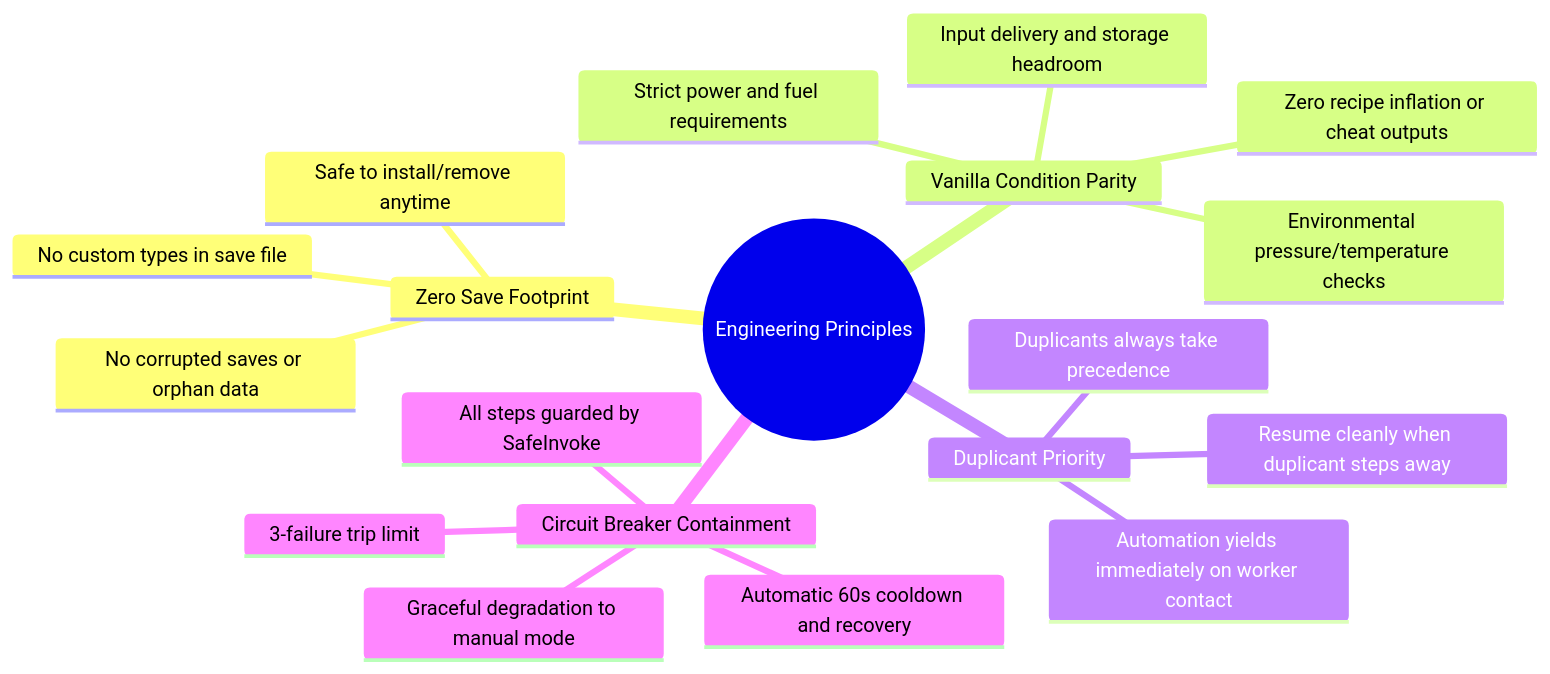
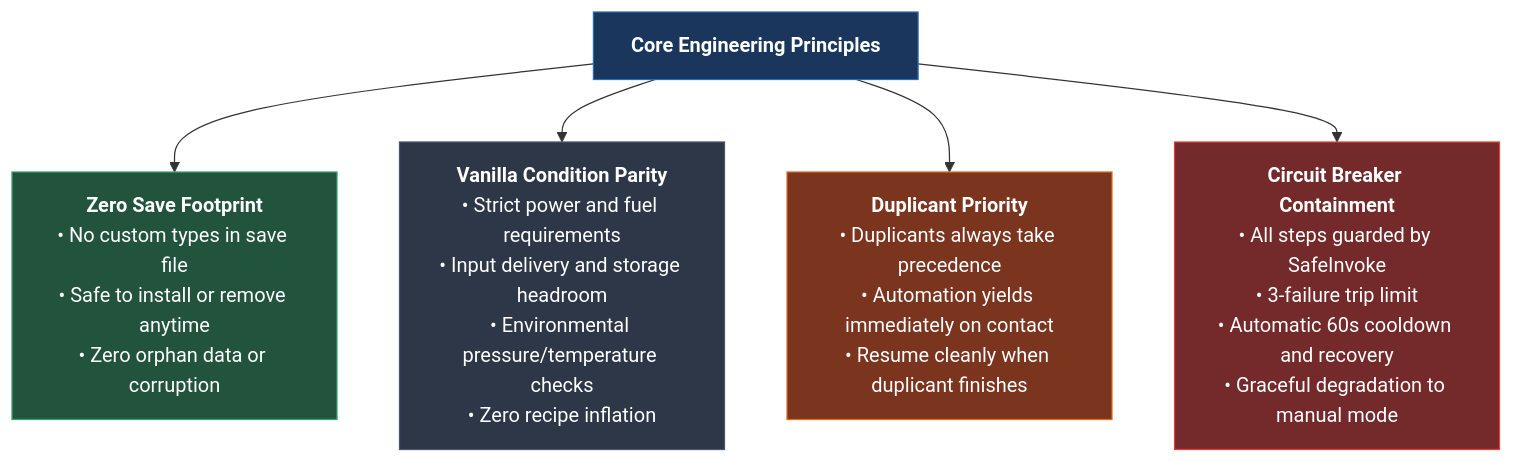
Before and after one commit to Eurekalo/Automatic_Industry: the second of 2 diagrams in wiki/Home.md, drawn with Mermaid. The commit also changed other lines of this file and 5 other files, not shown here.

Commit message:
docs(wiki): fix Mermaid diagram syntax and quoting for GitHub renderer

````diff
--- a/wiki/Home.md
+++ b/wiki/Home.md
@@ -74,22 +74,13 @@
 ```mermaid
-mindmap
-  root((Engineering Principles))
-    Zero Save Footprint
-      No custom types in save file
-      Safe to install/remove anytime
-      No corrupted saves or orphan data
-    Vanilla Condition Parity
-      Strict power and fuel requirements
-      Input delivery and storage headroom
-      Environmental pressure/temperature checks
-      Zero recipe inflation or cheat outputs
-    Duplicant Priority
-      Duplicants always take precedence
-      Automation yields immediately on worker contact
-      Resume cleanly when duplicant steps away
-    Circuit Breaker Containment
-      All steps guarded by SafeInvoke
-      3-failure trip limit
-      Automatic 60s cooldown and recovery
-      Graceful degradation to manual mode
+flowchart TD
+    Root["<b>Core Engineering Principles</b>"] --> P1["<b>Zero Save Footprint</b><br/>• No custom types in save file<br/>• Safe to install or remove anytime<br/>• Zero orphan data or corruption"]
+    Root --> P2["<b>Vanilla Condition Parity</b><br/>• Strict power and fuel requirements<br/>• Input delivery and storage headroom<br/>• Environmental pressure/temperature checks<br/>• Zero recipe inflation"]
+    Root --> P3["<b>Duplicant Priority</b><br/>• Duplicants always take precedence<br/>• Automation yields immediately on contact<br/>• Resume cleanly when duplicant finishes"]
+    Root --> P4["<b>Circuit Breaker Containment</b><br/>• All steps guarded by SafeInvoke<br/>• 3-failure trip limit<br/>• Automatic 60s cooldown and recovery<br/>• Graceful degradation to manual mode"]
+
+    style Root fill:#1a365d,stroke:#2b6cb0,color:#fff
+    style P1 fill:#22543d,stroke:#38a169,color:#fff
+    style P2 fill:#2d3748,stroke:#4a5568,color:#fff
+    style P3 fill:#7b341e,stroke:#dd6b20,color:#fff
+    style P4 fill:#742a2a,stroke:#e53e3e,color:#fff
 ```
````
